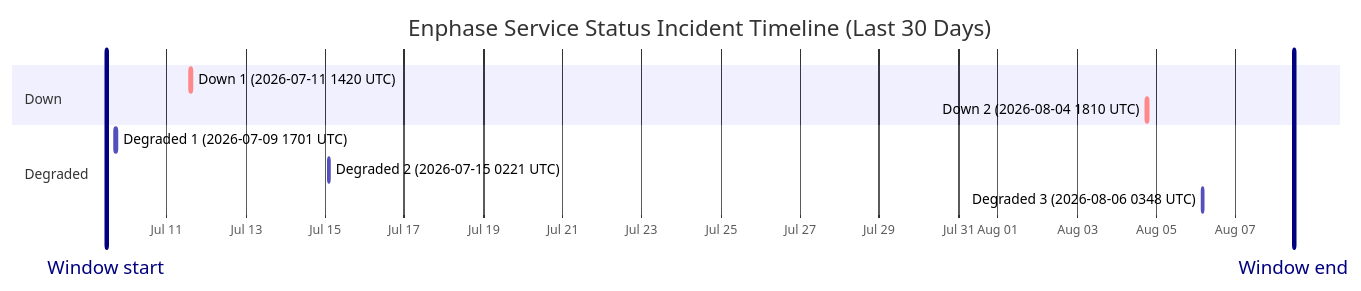
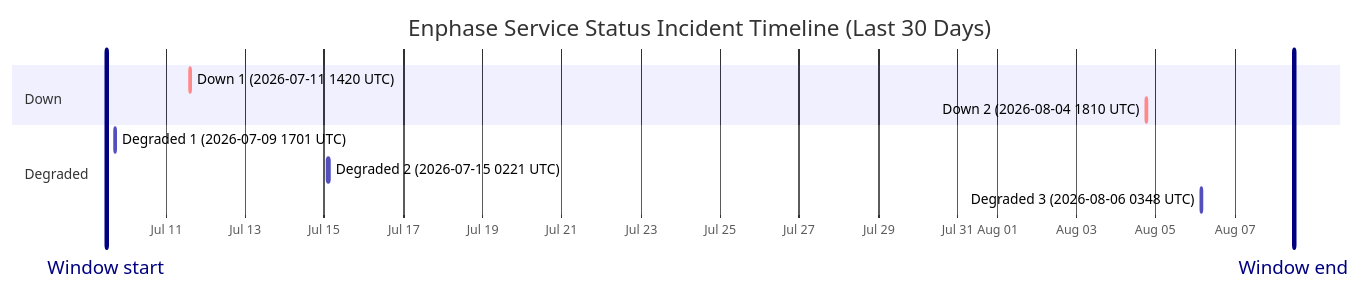
The diagram in wiki/Service-Status-History.md (barneyonline/ha-enphase-energy), drawn with Mermaid before and after one commit. The commit also changed other lines of this file and 3 other files, not shown here.

````diff
--- a/wiki/Service-Status-History.md
+++ b/wiki/Service-Status-History.md
@@ -14,15 +14,15 @@
 ```mermaid
 gantt
     title Enphase Service Status Incident Timeline (Last 30 Days)
     dateFormat  YYYY-MM-DDTHH:mm:ss
     axisFormat  %b %d
-    Window start :vert, window-start, 2026-07-09T11:26:20, 0ms
-    Window end :vert, window-end, 2026-08-08T11:26:20, 0ms
+    Window start :vert, window-start, 2026-07-09T11:54:01, 0ms
+    Window end :vert, window-end, 2026-08-08T11:54:01, 0ms
     section Down
     Down 1 (2026-07-11 1420 UTC) :crit, down-1, 2026-07-11T14:20:54, 69m
     Down 2 (2026-08-04 1810 UTC) :crit, down-2, 2026-08-04T18:10:46, 60m
     section Degraded
     Degraded 1 (2026-07-09 1701 UTC) :active, degraded-1, 2026-07-09T17:01:02, 60m
     Degraded 2 (2026-07-15 0221 UTC) :active, degraded-2, 2026-07-15T02:21:35, 60m
     Degraded 3 (2026-08-06 0348 UTC) :active, degraded-3, 2026-08-06T03:48:14, 60m
 ```
````
